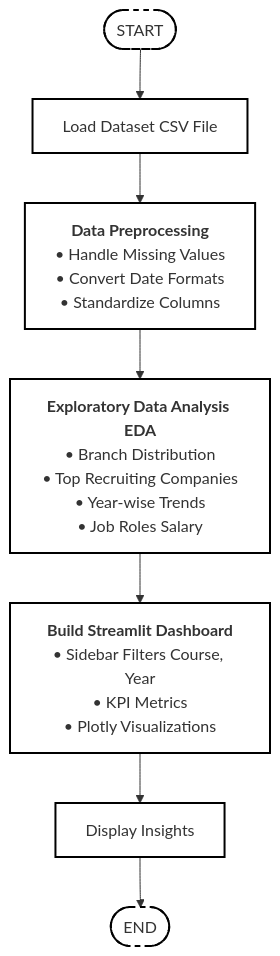
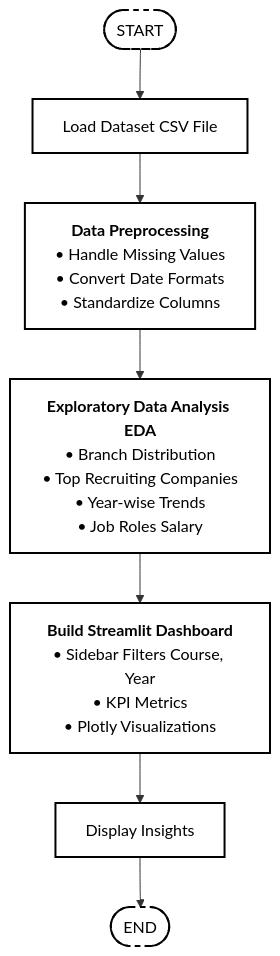
The diagram in README.md (Pain-apk/Python), drawn with Mermaid before and after one commit.

Commit message:
Update styles in README diagram

````diff
--- a/README.md
+++ b/README.md
@@ -3,17 +3,17 @@
 ```mermaid
 graph TD
     A([START]) --> B[Load Dataset CSV File]
     B --> C[<b>Data Preprocessing</b><br/>• Handle Missing Values<br/>• Convert Date Formats<br/>• Standardize Columns]
     C --> D[<b>Exploratory Data Analysis EDA</b><br/>• Branch Distribution<br/>• Top Recruiting Companies<br/>• Year-wise Trends<br/>• Job Roles Salary]
     D --> E[<b>Build Streamlit Dashboard</b><br/>• Sidebar Filters Course, Year<br/>• KPI Metrics<br/>• Plotly Visualizations]
     E --> F[Display Insights]
     F --> G([END])
 
-    style A fill:#ffffff,stroke:#000,stroke-width:2px,stroke-dasharray: 5 5
-    style B fill:#ffffff,stroke:#000,stroke-width:2px
-    style C fill:#ffffff,stroke:#000,stroke-width:2px
-    style D fill:#ffffff,stroke:#000,stroke-width:2px
-    style E fill:#ffffff,stroke:#000,stroke-width:2px
-    style F fill:#ffffff,stroke:#000,stroke-width:2px
-    style G fill:#ffffff,stroke:#000,stroke-width:2px,stroke-dasharray: 5 5
+    style A fill:#ffffff,color:#000000,stroke:#000,stroke-width:2px,stroke-dasharray: 5 5
+    style B fill:#ffffff,color:#000000,stroke:#000,stroke-width:2px
+    style C fill:#ffffff,color:#000000,stroke:#000,stroke-width:2px
+    style D fill:#ffffff,color:#000000,stroke:#000,stroke-width:2px
+    style E fill:#ffffff,color:#000000,stroke:#000,stroke-width:2px
+    style F fill:#ffffff,color:#000000,stroke:#000,stroke-width:2px
+    style G fill:#ffffff,color:#000000,stroke:#000,stroke-width:2px,stroke-dasharray: 5 5
 ```
````
